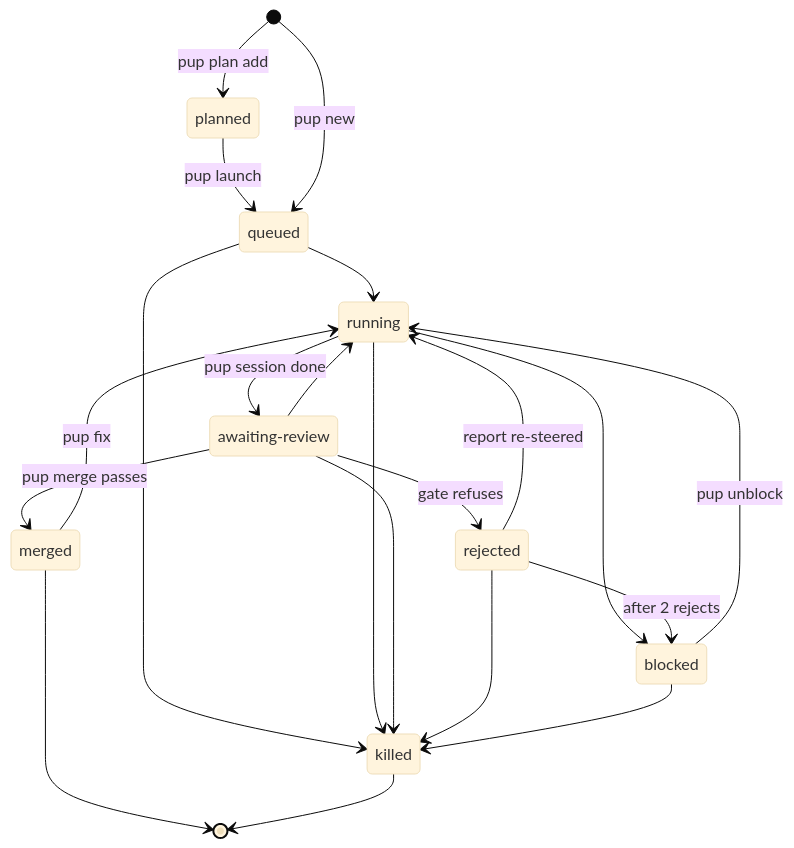
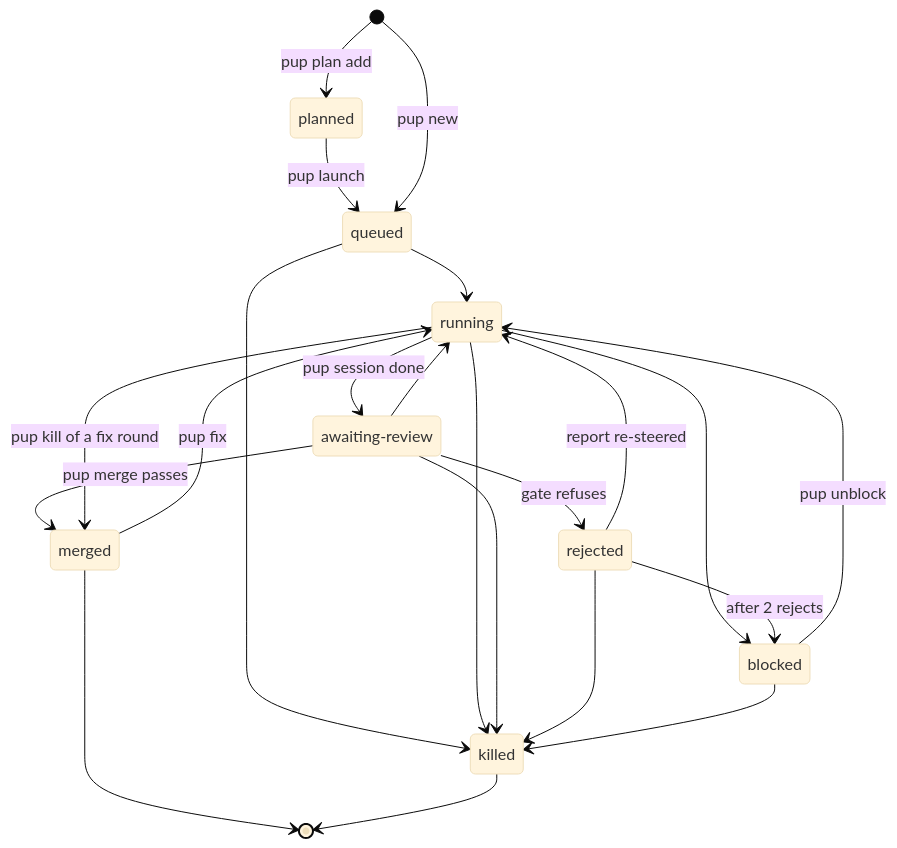
Before and after one commit to AlexisBalayre/pupitre: the second of 3 diagrams in docs/guide/concepts.md, drawn with Mermaid (base theme). The commit also changed other lines of this file and 3 other files, not shown here.

````diff
--- a/docs/guide/concepts.md
+++ b/docs/guide/concepts.md
@@ -72,24 +72,25 @@
 ```mermaid
 stateDiagram-v2
   [*] --> planned: pup plan add
   planned --> queued: pup launch
   [*] --> queued: pup new
   queued --> running
   queued --> killed
   running --> awaiting_review: pup session done
   running --> blocked
   running --> killed
   awaiting_review --> merged: pup merge passes
   awaiting_review --> rejected: gate refuses
   awaiting_review --> running
   awaiting_review --> killed
   rejected --> running: report re-steered
   rejected --> blocked: after 2 rejects
   rejected --> killed
   blocked --> running: pup unblock
   blocked --> killed
   merged --> running: pup fix
+  running --> merged: pup kill of a fix round
   merged --> [*]
   killed --> [*]
   state "awaiting-review" as awaiting_review
 ```
````
